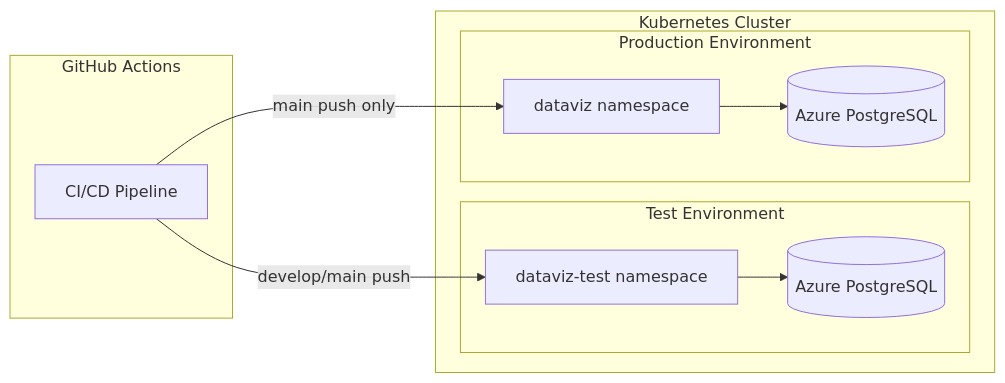
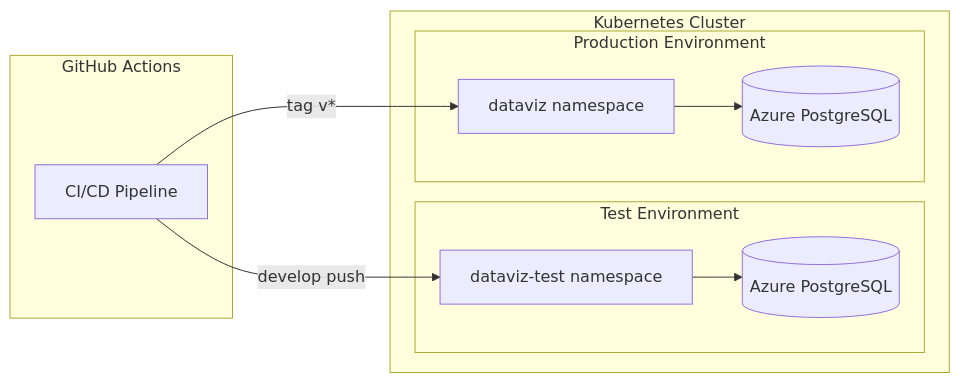
One commit to italia/graph-italia changed diagram 15 of 15 in README.md. Above: the diagram before and after it, drawn with Mermaid. The commit also changed other lines of this file, not shown here.

First line of the commit message:
docs: update GitFlow to reflect tag-based production deployments

````diff
--- a/README.md
+++ b/README.md
@@ -1151,23 +1161,23 @@
 ```mermaid
 graph LR
     subgraph "GitHub Actions"
         CI[CI/CD Pipeline]
     end
 
     subgraph "Kubernetes Cluster"
         subgraph "Test Environment"
             TestNS[dataviz-test namespace]
             TestDB[(Azure PostgreSQL)]
         end
 
         subgraph "Production Environment"
             ProdNS[dataviz namespace]
             ProdDB[(Azure PostgreSQL)]
         end
     end
 
-    CI -->|develop/main push| TestNS
-    CI -->|main push only| ProdNS
+    CI -->|develop push| TestNS
+    CI -->|tag v*| ProdNS
     TestNS --> TestDB
     ProdNS --> ProdDB
 ```
````
